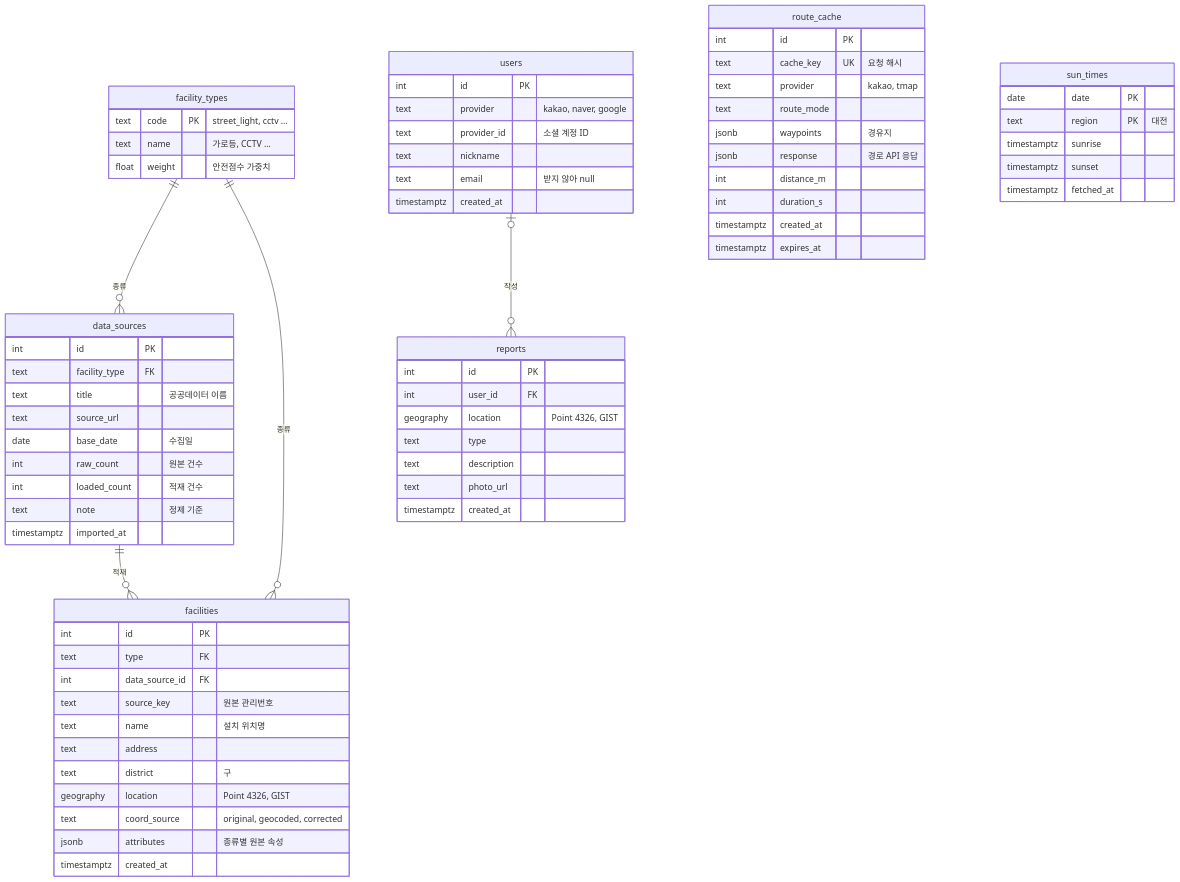
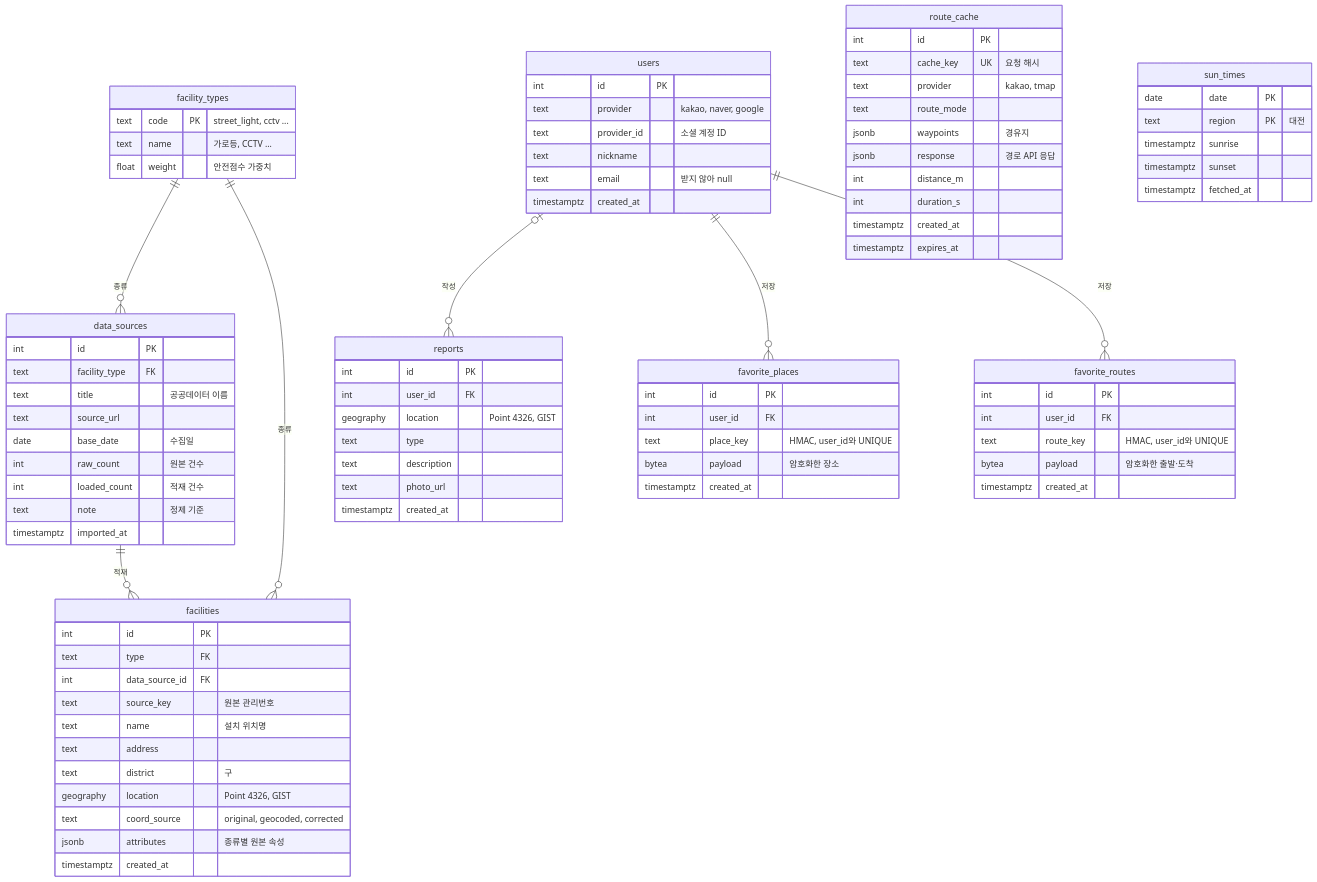
The diagram in docs/ERD.md (wjxor/deungdae), drawn with Mermaid before and after one commit. The commit also changed other lines of this file and 28 other files, not shown here.

```diff
--- a/docs/ERD.md
+++ b/docs/ERD.md
@@ -13,6 +13,8 @@
     facility_types ||--o{ facilities : "종류"
     data_sources ||--o{ facilities : "적재"
     users |o--o{ reports : "작성"
+    users ||--o{ favorite_places : "저장"
+    users ||--o{ favorite_routes : "저장"
 
     facility_types {
         text code PK "street_light, cctv ..."
@@ -70,6 +72,20 @@
         text email "받지 않아 null"
         timestamptz created_at
     }
+    favorite_places {
+        int id PK
+        int user_id FK
+        text place_key "HMAC, user_id와 UNIQUE"
+        bytea payload "암호화한 장소"
+        timestamptz created_at
+    }
+    favorite_routes {
+        int id PK
+        int user_id FK
+        text route_key "HMAC, user_id와 UNIQUE"
+        bytea payload "암호화한 출발·도착"
+        timestamptz created_at
+    }
     reports {
         int id PK
         int user_id FK
```
